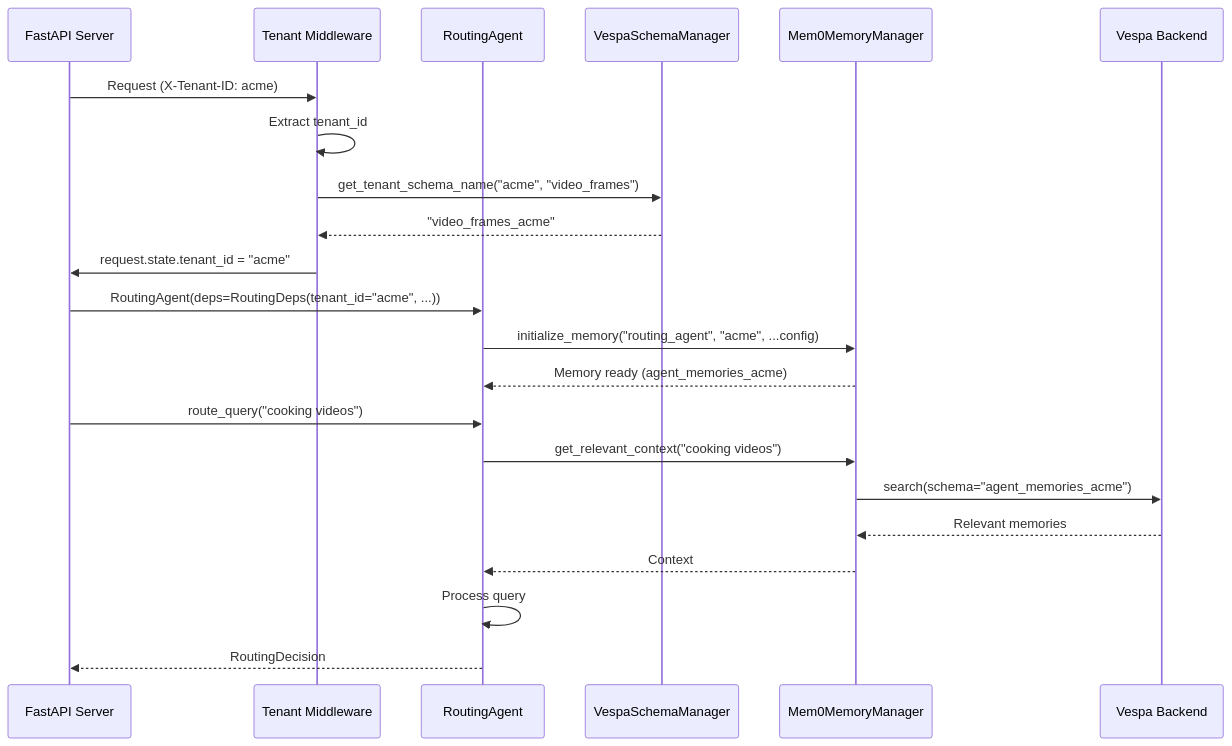
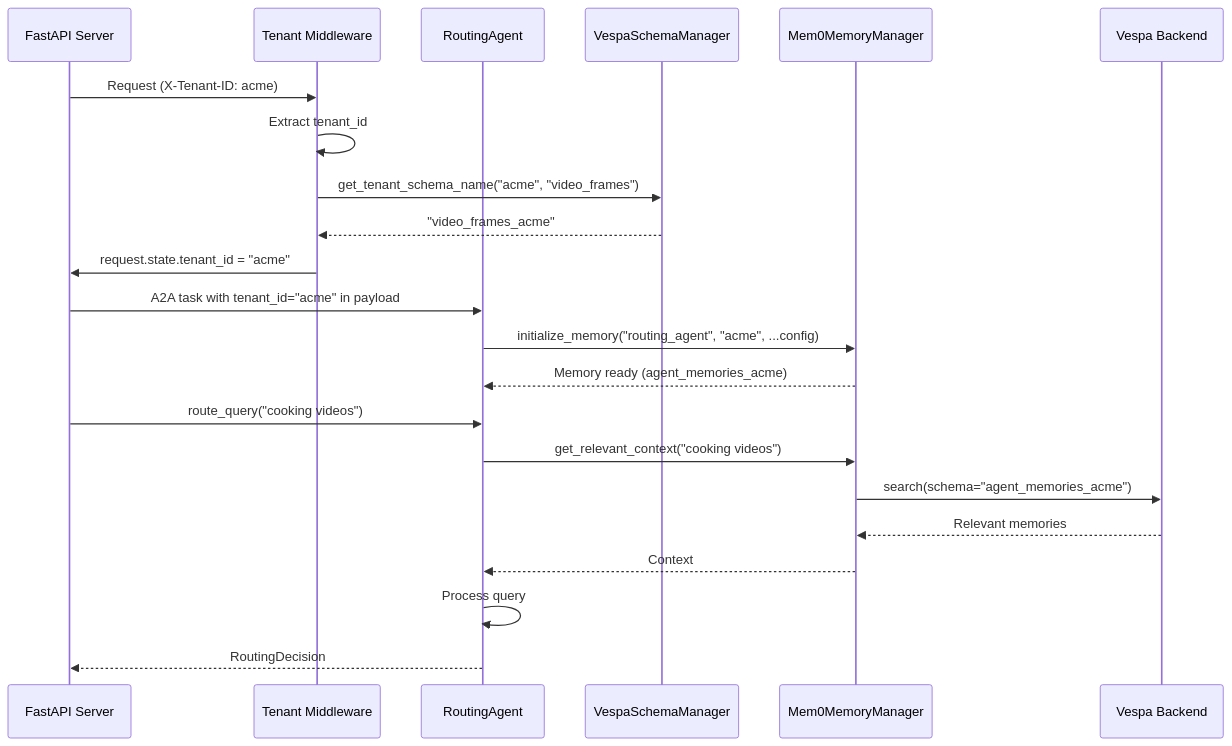
Before and after one commit to amit-jain/cogniverse: diagram 14 of 20 in docs/modules/agents.md, drawn with Mermaid. The commit also changed other lines of this file and 137 other files, not shown here.

First line of the commit message:
Refactor agents to tenant-agnostic startup with per-request tenant routing

````diff
--- a/docs/modules/agents.md
+++ b/docs/modules/agents.md
@@ -2958,27 +2953,27 @@
 ```mermaid
 sequenceDiagram
     participant API as FastAPI Server
     participant Middleware as Tenant Middleware
     participant Agent as RoutingAgent
     participant SchemaManager as VespaSchemaManager
     participant Memory as Mem0MemoryManager
     participant Vespa as Vespa Backend
 
     API->>Middleware: Request (X-Tenant-ID: acme)
     Middleware->>Middleware: Extract tenant_id
     Middleware->>SchemaManager: get_tenant_schema_name("acme", "video_frames")
     SchemaManager-->>Middleware: "video_frames_acme"
     Middleware->>API: request.state.tenant_id = "acme"
 
-    API->>Agent: RoutingAgent(deps=RoutingDeps(tenant_id="acme", ...))
+    API->>Agent: A2A task with tenant_id="acme" in payload
     Agent->>Memory: initialize_memory("routing_agent", "acme", ...config)
     Memory-->>Agent: Memory ready (agent_memories_acme)
 
     API->>Agent: route_query("cooking videos")
     Agent->>Memory: get_relevant_context("cooking videos")
     Memory->>Vespa: search(schema="agent_memories_acme")
     Vespa-->>Memory: Relevant memories
     Memory-->>Agent: Context
     Agent->>Agent: Process query
     Agent-->>API: RoutingDecision
 ```
````
